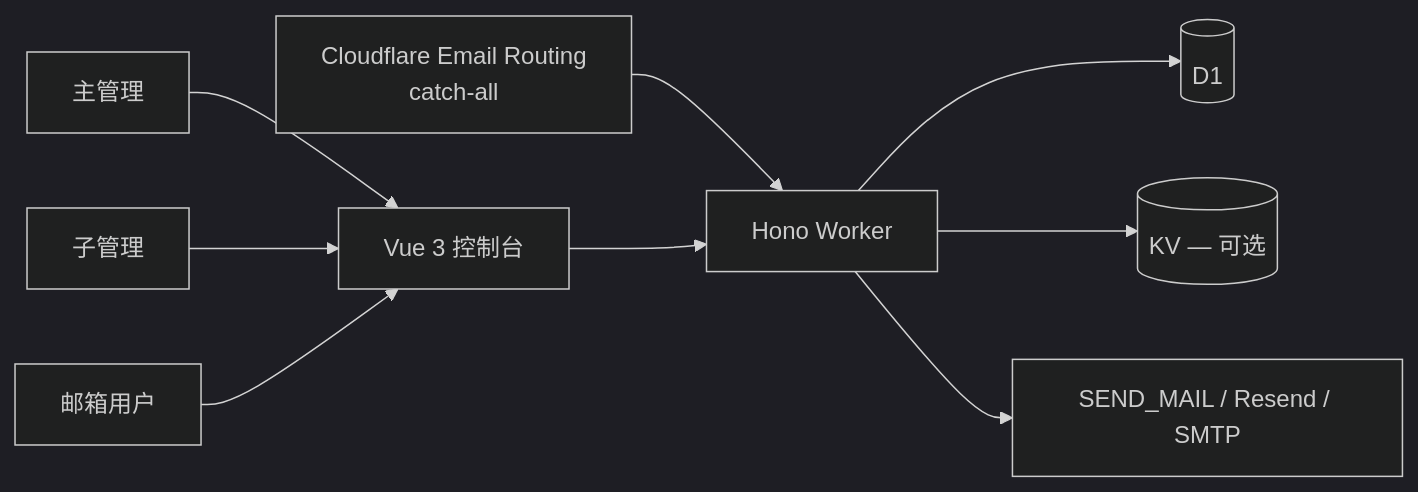
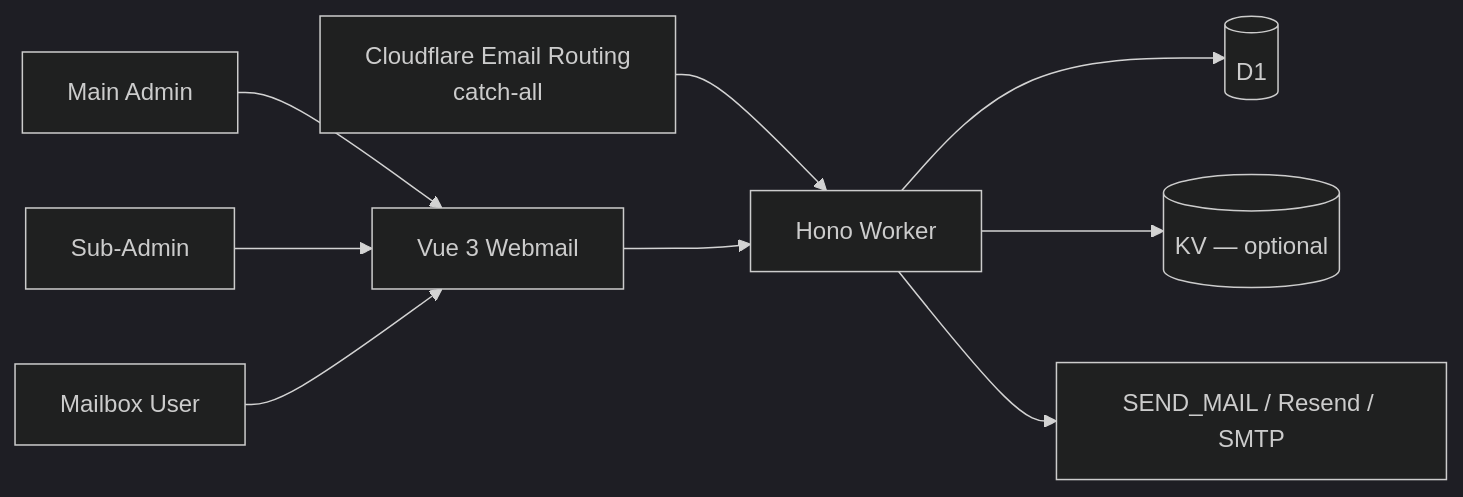
Before and after one commit to hiFOFA/enterprise-post-office-cf: the diagram in README.md, drawn with Mermaid (dark theme). The commit also changed other lines of this file and 55 other files, not shown here.

````diff
--- a/README.md
+++ b/README.md
@@ -106,12 +108,12 @@
 ```mermaid
 flowchart LR
   MX["Cloudflare Email Routing<br/>catch-all"] --> W["Hono Worker"]
-  Browser["Vue 3 控制台"] --> W
+  Browser["Vue 3 Webmail"] --> W
   W --> D1[("D1")]
-  W --> KV[("KV — 可选")]
+  W --> KV[("KV — optional")]
   W --> Out["SEND_MAIL / Resend / SMTP"]
 
-  Main["主管理"] --> Browser
-  Sub["子管理"] --> Browser
-  User["邮箱用户"] --> Browser
+  Main["Main Admin"] --> Browser
+  Sub["Sub-Admin"] --> Browser
+  User["Mailbox User"] --> Browser
 ```
````
